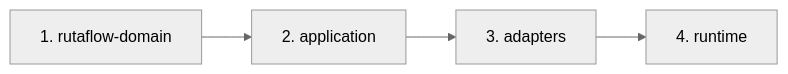
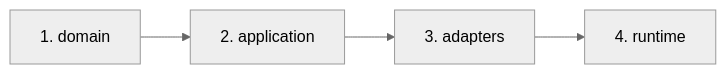
Before and after one commit to NICORUIZ93/Academia_Floci: the diagram in web/public/content/java/modulo-10.md, drawn with Mermaid (neutral theme). The commit also changed other lines of this file and 15 other files, not shown here.

````diff
--- a/web/public/content/java/modulo-10.md
+++ b/web/public/content/java/modulo-10.md
@@ -107,6 +101,6 @@
 ```mermaid
 flowchart LR
-    LEAF["1. rutaflow-domain"] --> APP["2. application"]
+    LEAF["1. domain"] --> APP["2. application"]
     APP --> ADAPTERS["3. adapters"]
     ADAPTERS --> API["4. runtime"]
 ```
````
